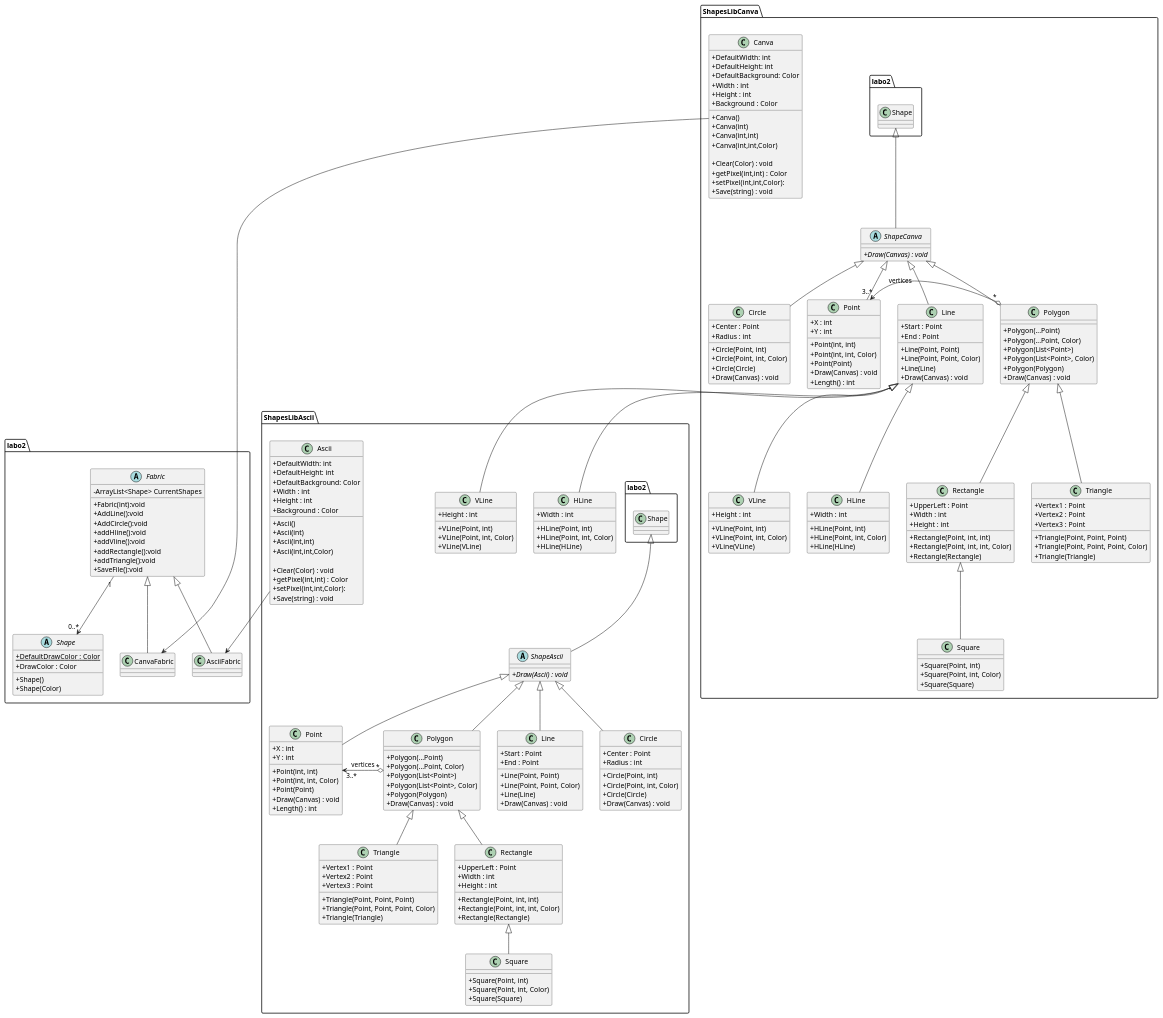
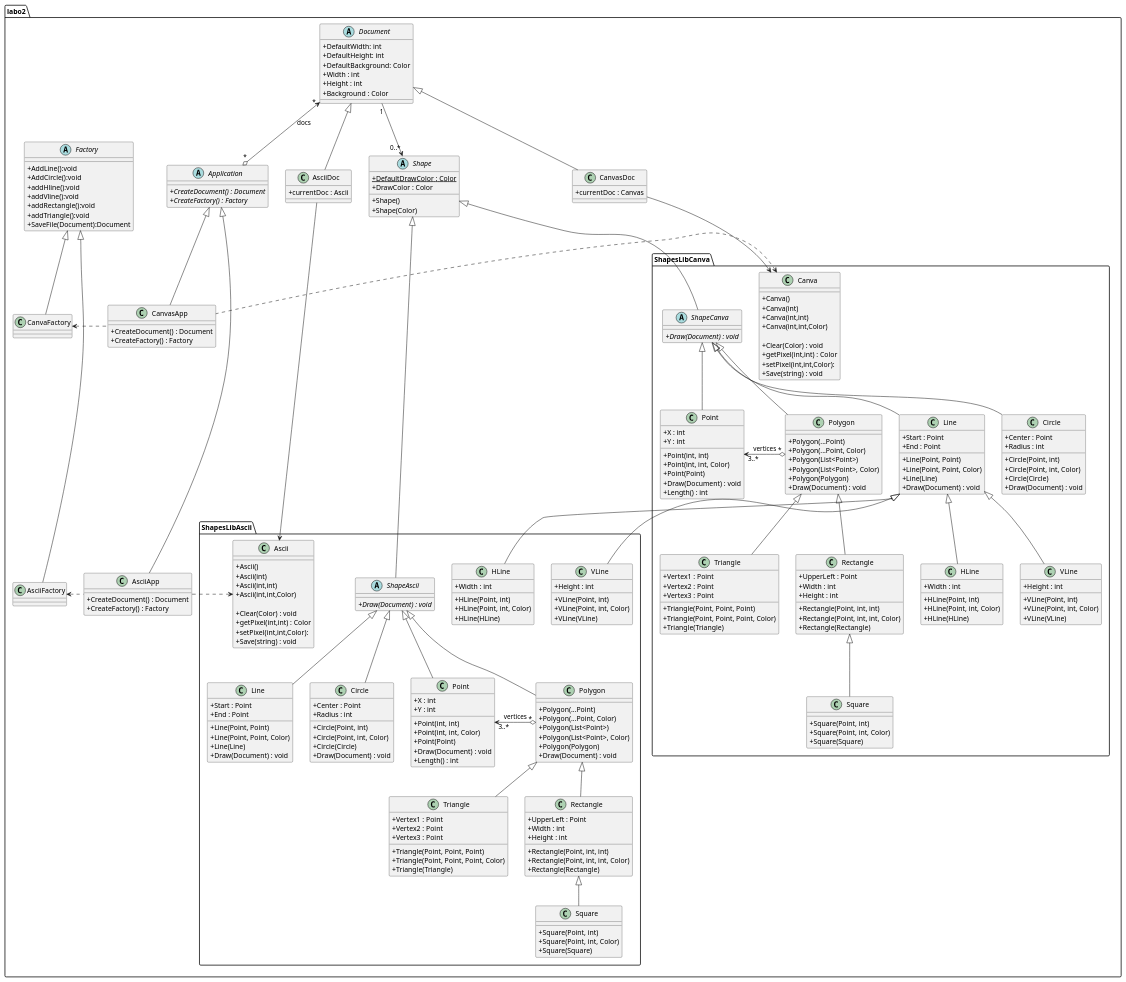
The diagram in labo2/shapes_class_diagram.md (SlimeLord0905/Lab2_Analyse_objet_MathieuMercier), drawn with PlantUML before and after one commit. The commit also changed other lines of this file and 35 other files, not shown here.

`````diff
--- a/labo2/shapes_class_diagram.md
+++ b/labo2/shapes_class_diagram.md
@@ -23,12 +20,111 @@
 ````plantuml
 @startuml
 
-namespace ShapesLibCanva{
+namespace labo2{
+
+Abstract class Shape{
+  {static} +DefaultDrawColor : Color
+  +DrawColor : Color
+  +Shape()
+  +Shape(Color)
+}
+
+Document "1" --> "0..*"Shape
+
+Abstract class Factory{
+  +AddLine():void
+  +AddCircle():void
+  +addHline():void
+  +addVline():void
+  +addRectangle():void
+  +addTriangle():void
+  +SaveFile(Document):Document
+
+}
+Factory <|-- CanvaFactory
+class CanvaFactory{
+}
+
+Factory <|-- AsciiFactory
+class AsciiFactory{
+}
+
+
+abstract class Document {
+  +DefaultWidth: int
+  +DefaultHeight: int 
+  +DefaultBackground: Color
+  +Width : int
+  +Height : int
+  +Background : Color
+  
+}
+
+
+Document <|-- CanvasDoc
+Document <|-- AsciiDoc
+
+class CanvasDoc{
++currentDoc : Canvas
+}
+class AsciiDoc{
++currentDoc : Ascii
+}
+
+CanvasDoc --> labo2.ShapesLibCanva.Canva
+AsciiDoc --> labo2.ShapesLibAscii.Ascii
+
+abstract class Application {
+   +{abstract} CreateDocument() : Document
+  +{abstract} CreateFactory() : Factory
+}
+Document "*" <-o "*" Application :docs  
+
+class CanvasApp {
+   +CreateDocument() : Document
+   +CreateFactory() : Factory
+}
+Application <|-- CanvasApp
+labo2.ShapesLibCanva.Canva <. CanvasApp
+CanvaFactory <. CanvasApp
+
+class AsciiApp {
+   +CreateDocument() : Document
+   +CreateFactory() : Factory
+
+}
+Application <|-- AsciiApp
+labo2.ShapesLibAscii.Ascii <. AsciiApp
+AsciiFactory <. AsciiApp
+
+
+
+
+}
+
+
+
+
+
+namespace labo2.ShapesLibCanva{
 
 skinparam classAttributeIconSize 0
+ 
+ class Canva{
+
+  +Canva()
+  +Canva(int)
+  +Canva(int,int)
+  +Canva(int,int,Color)
+  
+  +Clear(Color) : void
+  +getPixel(int,int) : Color
+  +setPixel(int,int,Color):
+  +Save(string) : void
+}
 
 abstract class ShapeCanva {
-{abstract} +Draw(Canvas) : void
+{abstract} +Draw(Document) : void
 }
 
 class Point {
@@ -37,7 +133,7 @@
 +Point(int, int)
 +Point(int, int, Color)
 +Point(Point)
-+Draw(Canvas) : void
++Draw(Document) : void
 +Length() : int
 }
 ShapeCanva <|-- Point
@@ -64,7 +160,7 @@
 +Line(Point, Point)
 +Line(Point, Point, Color)
 +Line(Line)
-+Draw(Canvas) : void
++Draw(Document) : void
 }
 ShapeCanva <|-- Line
 
@@ -74,7 +170,7 @@
 +Polygon(List<Point>)
 +Polygon(List<Point>, Color)
 +Polygon(Polygon)
-+Draw(Canvas) : void
++Draw(Document) : void
 }
 ShapeCanva <|-- Polygon
 Point "3..*" <-o "*" Polygon : vertices
@@ -112,24 +208,27 @@
 +Circle(Point, int)
 +Circle(Point, int, Color)
 +Circle(Circle)
-+Draw(Canvas) : void
++Draw(Document) : void
 }
 ShapeCanva <|-- Circle
 labo2.Shape <|-- ShapeCanva
 
-class Canva{
-  +DefaultWidth: int
-  +DefaultHeight: int 
-  +DefaultBackground: Color
-  +Width : int
-  +Height : int
-  +Background : Color
+
+}
+
+
+
+
+
+namespace labo2.ShapesLibAscii {
+
+class Ascii{
+
   
-  
-  +Canva()
-  +Canva(int)
-  +Canva(int,int)
-  +Canva(int,int,Color)
+  +Ascii()
+  +Ascii(int)
+  +Ascii(int,int)
+  +Ascii(int,int,Color)
   
   +Clear(Color) : void
   +getPixel(int,int) : Color
@@ -137,18 +236,8 @@
   +Save(string) : void
 }
 
-}
-
-
-
-
-
-namespace ShapesLibAscii {
-
-skinparam classAttributeIconSize 0
-
 abstract class ShapeAscii {
-{abstract} +Draw(Ascii) : void
+{abstract} +Draw(Document) : void
 }
 
 class Point {
@@ -157,7 +246,7 @@
 +Point(int, int)
 +Point(int, int, Color)
 +Point(Point)
-+Draw(Canvas) : void
++Draw(Document) : void
 +Length() : int
 }
 ShapeAscii <|-- Point
@@ -184,7 +273,7 @@
 +Line(Point, Point)
 +Line(Point, Point, Color)
 +Line(Line)
-+Draw(Canvas) : void
++Draw(Document) : void
 }
 ShapeAscii <|-- Line
 
@@ -194,7 +283,7 @@
 +Polygon(List<Point>)
 +Polygon(List<Point>, Color)
 +Polygon(Polygon)
-+Draw(Canvas) : void
++Draw(Document) : void
 }
 ShapeAscii <|-- Polygon
 Point "3..*" <-o "*" Polygon : vertices
@@ -232,87 +321,15 @@
 +Circle(Point, int)
 +Circle(Point, int, Color)
 +Circle(Circle)
-+Draw(Canvas) : void
++Draw(Document) : void
 }
 ShapeAscii <|-- Circle
 labo2.Shape <|-- ShapeAscii
 
 
-class Ascii{
-  +DefaultWidth: int
-  +DefaultHeight: int 
-  +DefaultBackground: Color
-  +Width : int
-  +Height : int
-  +Background : Color
-  
-  
-  +Ascii()
-  +Ascii(int)
-  +Ascii(int,int)
-  +Ascii(int,int,Color)
-  
-  +Clear(Color) : void
-  +getPixel(int,int) : Color
-  +setPixel(int,int,Color):
-  +Save(string) : void
-}
-}
-
-
-
-
-
-
-namespace labo2{
-
-Abstract class Shape{
-  {static} +DefaultDrawColor : Color
-  +DrawColor : Color
-  +Shape()
-  +Shape(Color)
-}
-
-
-Abstract class Fabric {
-
-  -ArrayList<Shape> CurrentShapes
-  
-  +Fabric(int):void
-  +AddLine():void
-  +AddCircle():void
-  +addHline():void
-  +addVline():void
-  +addRectangle():void
-  +addTriangle():void
-  +SaveFile():void
-}
-Fabric "1" --> "0..*"Shape
-
-class AsciiFabric{
-}
-Fabric <|-- AsciiFabric
-ShapesLibAscii.Ascii --> AsciiFabric
-class CanvaFabric{
-}
-Fabric <|-- CanvaFabric
-ShapesLibCanva.Canva --> CanvaFabric
-
 
 }
 
 
-
-
-
-
-
-
-
-
-
-
-
-
 @enduml
 ````
`````
